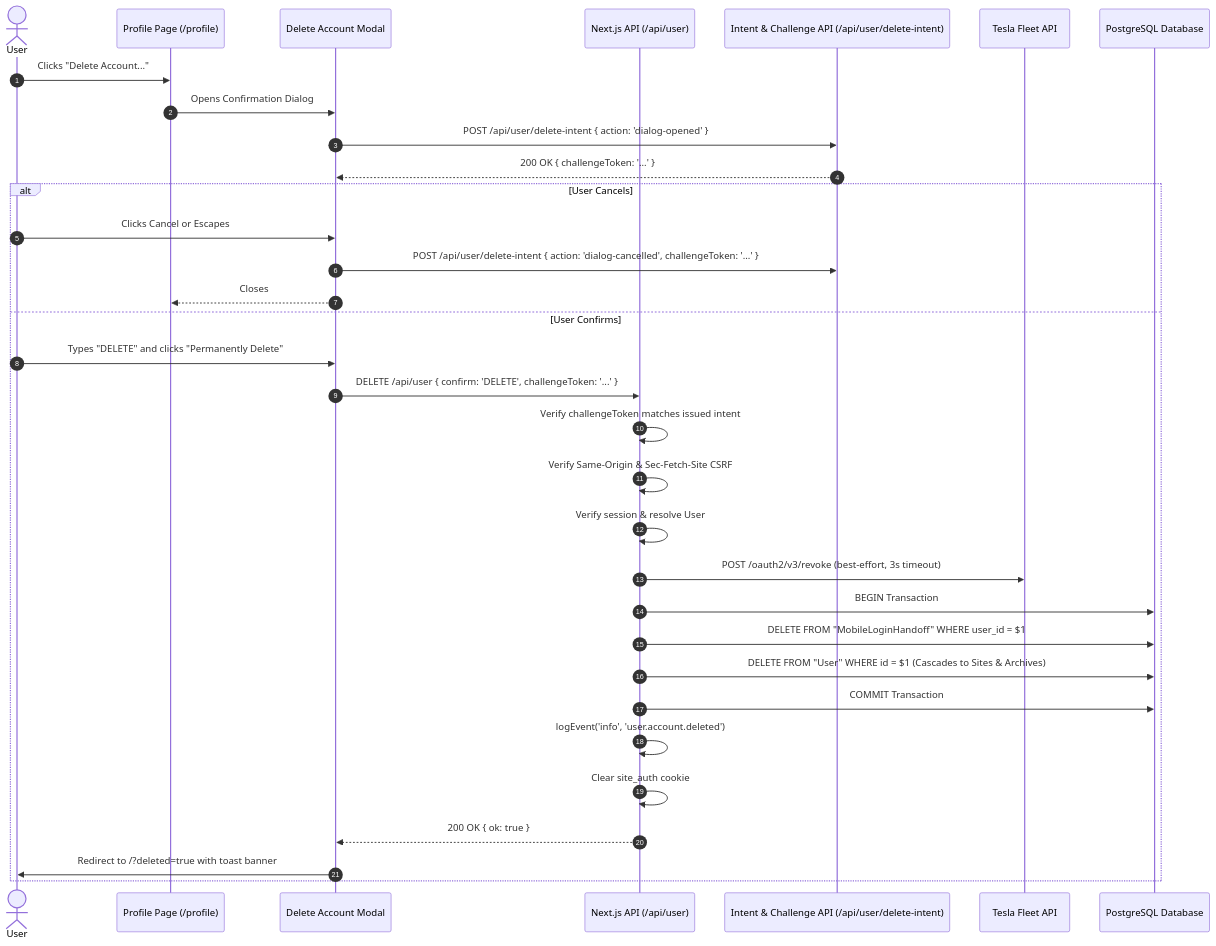
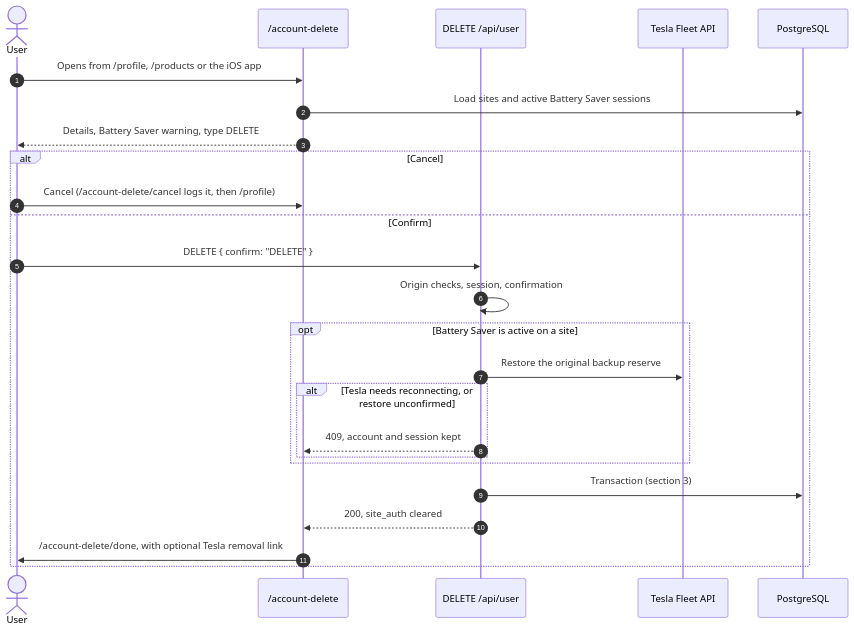
Before and after one commit to KevM/pwusage: the diagram in docs/superpowers/specs/2026-11-08-user-account-deletion-design.md, drawn with Mermaid. The commit also changed other lines of this file and 1 other file, not shown here.

First line of the commit message:
docs: revise account deletion spec and plan after review

````diff
--- a/docs/superpowers/specs/2026-11-08-user-account-deletion-design.md
+++ b/docs/superpowers/specs/2026-11-08-user-account-deletion-design.md
@@ -23,36 +36,28 @@
 ```mermaid
 sequenceDiagram
     autonumber
     actor User
-    participant Profile as Profile Page (/profile)
-    participant Modal as Delete Account Modal
-    participant API as Next.js API (/api/user)
-    participant Telemetry as Intent & Challenge API (/api/user/delete-intent)
+    participant Page as /account-delete
+    participant API as DELETE /api/user
     participant Tesla as Tesla Fleet API
-    participant DB as PostgreSQL Database
+    participant DB as PostgreSQL
 
-    User->>Profile: Clicks "Delete Account..."
-    Profile->>Modal: Opens Confirmation Dialog
-    Modal->>Telemetry: POST /api/user/delete-intent { action: 'dialog-opened' }
-    Telemetry-->>Modal: 200 OK { challengeToken: '...' }
-    alt User Cancels
-        User->>Modal: Clicks Cancel or Escapes
-        Modal->>Telemetry: POST /api/user/delete-intent { action: 'dialog-cancelled', challengeToken: '...' }
-        Modal-->>Profile: Closes
-    else User Confirms
-        User->>Modal: Types "DELETE" and clicks "Permanently Delete"
-        Modal->>API: DELETE /api/user { confirm: 'DELETE', challengeToken: '...' }
-        API->>API: Verify challengeToken matches issued intent
-        API->>API: Verify Same-Origin & Sec-Fetch-Site CSRF
-        API->>API: Verify session & resolve User
-        API->>Tesla: POST /oauth2/v3/revoke (best-effort, 3s timeout)
-        API->>DB: BEGIN Transaction
-        API->>DB: DELETE FROM "MobileLoginHandoff" WHERE user_id = $1
-        API->>DB: DELETE FROM "User" WHERE id = $1 (Cascades to Sites & Archives)
-        API->>DB: COMMIT Transaction
-        API->>API: logEvent('info', 'user.account.deleted')
-        API->>API: Clear site_auth cookie
-        API-->>Modal: 200 OK { ok: true }
-        Modal->>User: Redirect to /?deleted=true with toast banner
+    User->>Page: Opens from /profile, /products or the iOS app
+    Page->>DB: Load sites and active Battery Saver sessions
+    Page-->>User: Details, Battery Saver warning, type DELETE
+    alt Cancel
+        User->>Page: Cancel (/account-delete/cancel logs it, then /profile)
+    else Confirm
+        User->>API: DELETE { confirm: "DELETE" }
+        API->>API: Origin checks, session, confirmation
+        opt Battery Saver is active on a site
+            API->>Tesla: Restore the original backup reserve
+            alt Tesla needs reconnecting, or restore unconfirmed
+                API-->>Page: 409, account and session kept
+            end
+        end
+        API->>DB: Transaction (section 3)
+        API-->>Page: 200, site_auth cleared
+        Page->>User: /account-delete/done, with optional Tesla removal link
     end
 ```
````
